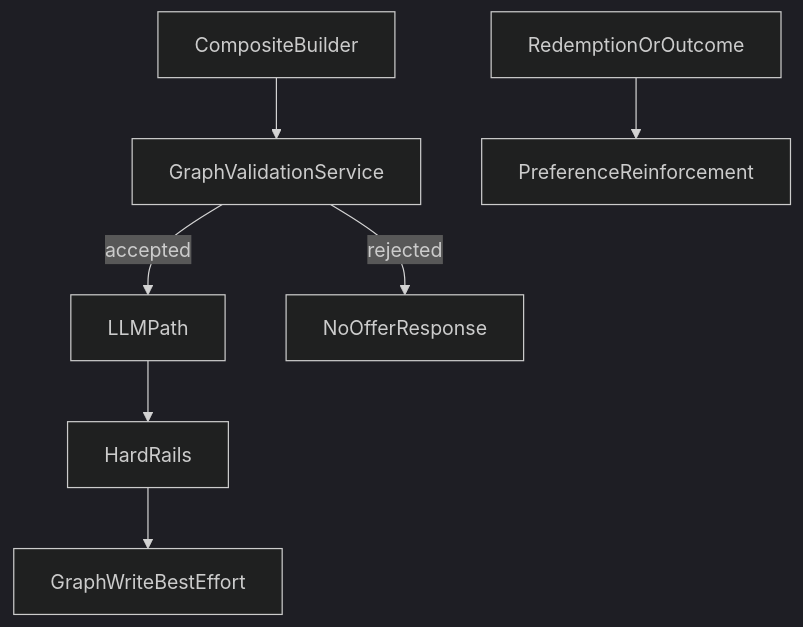
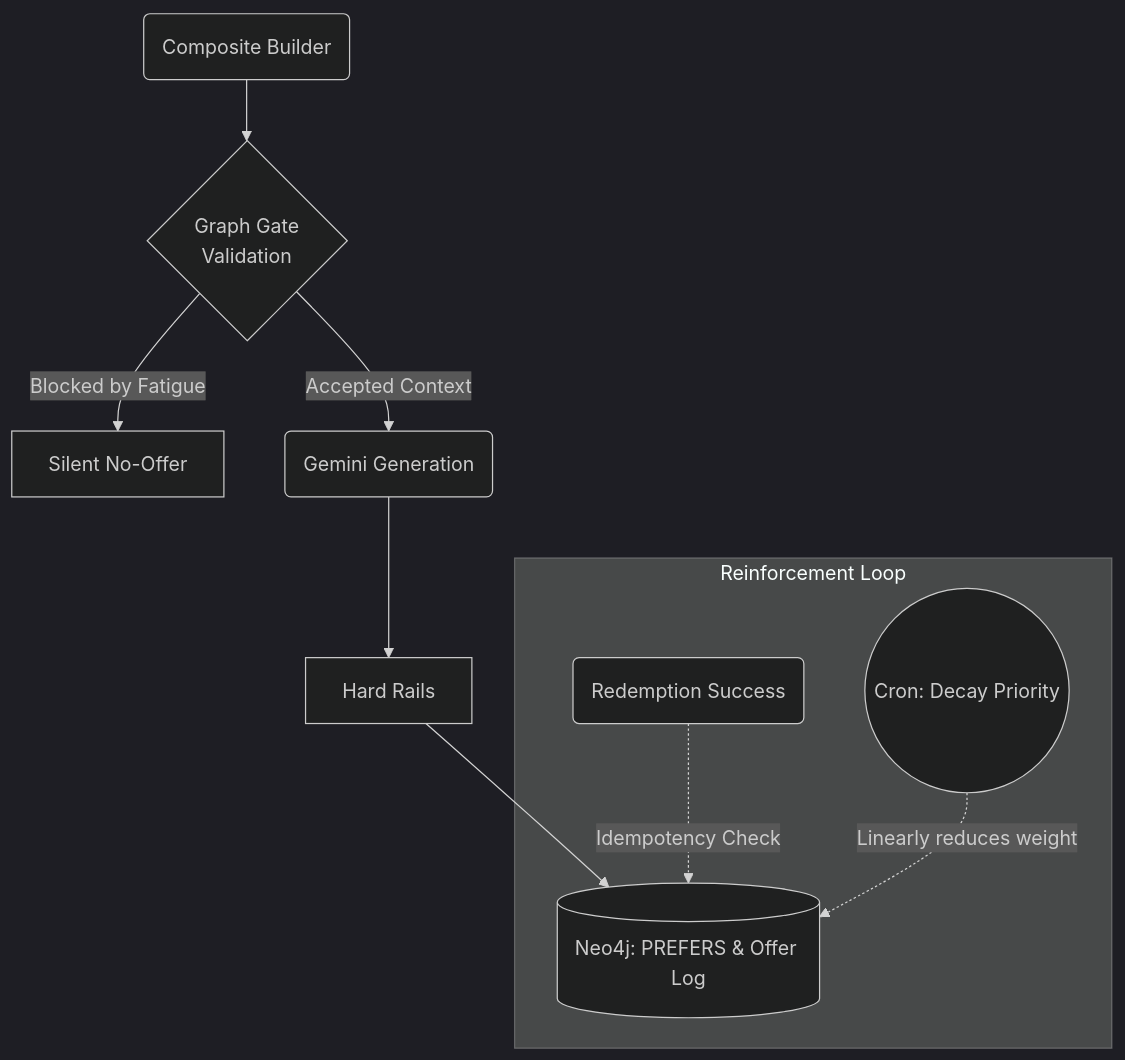
One commit to larsboes/Generative-City-Wallet changed the diagram in docs/architecture/neo4j-graph.md. Above: the diagram before and after it, drawn with Mermaid (dark theme). The commit also changed 14 other files, not shown here.

````diff
--- a/docs/architecture/neo4j-graph.md
+++ b/docs/architecture/neo4j-graph.md
@@ -18,9 +18,15 @@
 ```mermaid
 flowchart TD
-  composite[CompositeBuilder] --> rules[GraphValidationService]
-  rules -->|accepted| llm[LLMPath]
-  rules -->|rejected| reject[NoOfferResponse]
-  llm --> rails[HardRails]
-  rails --> write[GraphWriteBestEffort]
-  outcome[RedemptionOrOutcome] --> reinforce[PreferenceReinforcement]
+  composite(Composite Builder) --> rules{Graph Gate\nValidation}
+  
+  rules -- "Blocked by Fatigue" --> reject[Silent No-Offer]
+  rules -- "Accepted Context" --> llm(Gemini Generation)
+  
+  llm --> rails[Hard Rails]
+  rails --> write[(Neo4j: PREFERS & Offer Log)]
+  
+  subgraph Reinforcement Loop
+    outcome(Redemption Success) -. "Idempotency Check" .-> write
+    decay((Cron: Decay Priority)) -. "Linearly reduces weight" .-> write
+  end
 ```
````
